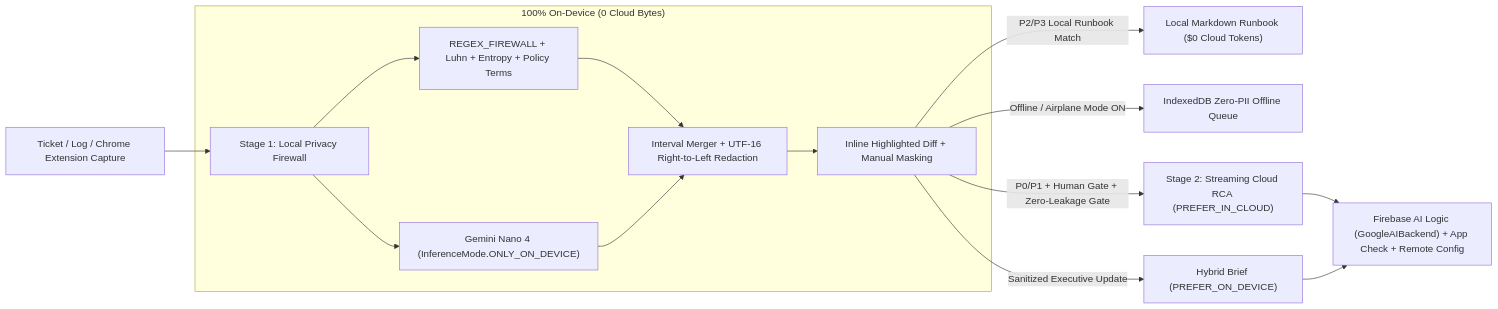
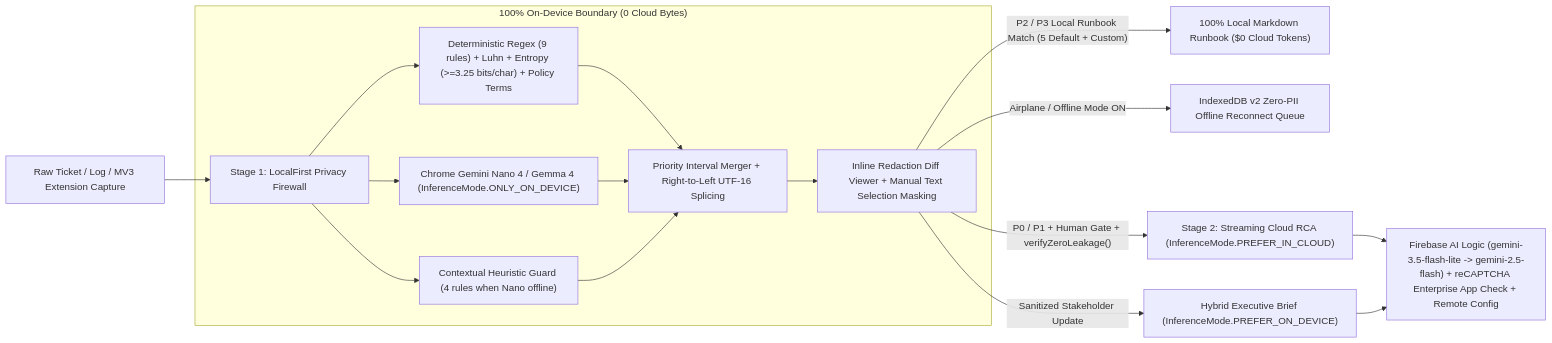
One commit to Lion4467cat/localfirst-triage changed the diagram in README.md. Above: the diagram before and after it, drawn with Mermaid. The commit also changed other lines of this file and 14 other files, not shown here.

Commit message:
chore: reconcile v3.0 specs, harden Nano 4 session serialization & extension rule parity

````diff
--- a/README.md
+++ b/README.md
@@ -28,19 +43,21 @@
 ```mermaid
 flowchart LR
-    Input["Ticket / Log / Chrome Extension Capture"] --> Stage1["Stage 1: Local Privacy Firewall"]
-    subgraph Local["100% On-Device (0 Cloud Bytes)"]
-        Stage1 --> Regex["REGEX_FIREWALL + Luhn + Entropy + Policy Terms"]
-        Stage1 --> Nano["Gemini Nano 4 (InferenceMode.ONLY_ON_DEVICE)"]
-        Regex --> Merger["Interval Merger + UTF-16 Right-to-Left Redaction"]
+    Input["Raw Ticket / Log / MV3 Extension Capture"] --> Stage1["Stage 1: LocalFirst Privacy Firewall"]
+    subgraph Local["100% On-Device Boundary (0 Cloud Bytes)"]
+        Stage1 --> Regex["Deterministic Regex (9 rules) + Luhn + Entropy (>=3.25 bits/char) + Policy Terms"]
+        Stage1 --> Nano["Chrome Gemini Nano 4 / Gemma 4 (InferenceMode.ONLY_ON_DEVICE)"]
+        Stage1 --> Heuristic["Contextual Heuristic Guard (4 rules when Nano offline)"]
+        Regex --> Merger["Priority Interval Merger + Right-to-Left UTF-16 Splicing"]
         Nano --> Merger
-        Merger --> Diff["Inline Highlighted Diff + Manual Masking"]
+        Heuristic --> Merger
+        Merger --> Diff["Inline Redaction Diff Viewer + Manual Text Selection Masking"]
     end
 
-    Diff -->|"P2/P3 Local Runbook Match"| Runbook["Local Markdown Runbook ($0 Cloud Tokens)"]
-    Diff -->|"Offline / Airplane Mode ON"| Queue["IndexedDB Zero-PII Offline Queue"]
-    Diff -->|"P0/P1 + Human Gate + Zero-Leakage Gate"| Cloud["Stage 2: Streaming Cloud RCA (PREFER_IN_CLOUD)"]
-    Diff -->|"Sanitized Executive Update"| Brief["Hybrid Brief (PREFER_ON_DEVICE)"]
+    Diff -->|"P2 / P3 Local Runbook Match (5 Default + Custom)"| Runbook["100% Local Markdown Runbook ($0 Cloud Tokens)"]
+    Diff -->|"Airplane / Offline Mode ON"| Queue["IndexedDB v2 Zero-PII Offline Reconnect Queue"]
+    Diff -->|"P0 / P1 + Human Gate + verifyZeroLeakage()"| Cloud["Stage 2: Streaming Cloud RCA (InferenceMode.PREFER_IN_CLOUD)"]
+    Diff -->|"Sanitized Stakeholder Update"| Brief["Hybrid Executive Brief (InferenceMode.PREFER_ON_DEVICE)"]
 
-    Cloud --> Firebase["Firebase AI Logic (GoogleAIBackend) + App Check + Remote Config"]
+    Cloud --> Firebase["Firebase AI Logic (gemini-3.5-flash-lite -> gemini-2.5-flash) + reCAPTCHA Enterprise App Check + Remote Config"]
     Brief --> Firebase
 ```
````
